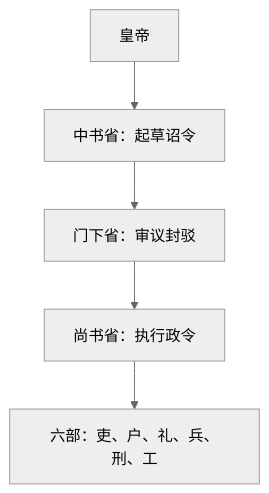
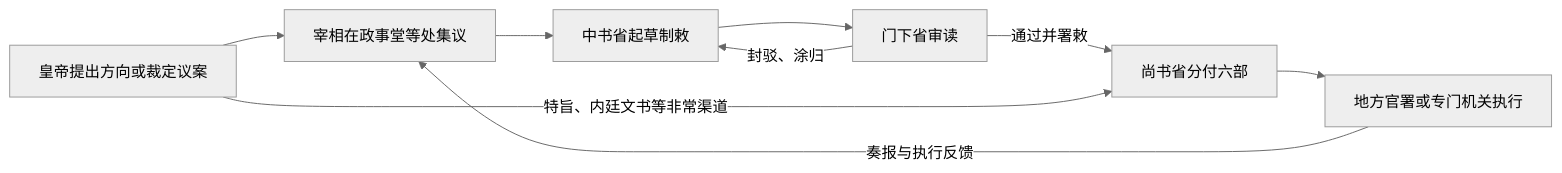
One commit to tianlan-dev/learning-notes changed the diagram in 人文科学/历史/东亚/中国/_制度/中枢与职官/三省.md. Above: the diagram before and after it, drawn with Mermaid (neutral theme). The commit also changed other lines of this file and 1417 other files, not shown here.

````diff
--- a/人文科学/历史/东亚/中国/_制度/中枢与职官/三省.md
+++ b/人文科学/历史/东亚/中国/_制度/中枢与职官/三省.md
@@ -18,7 +19,11 @@
 ```mermaid
-flowchart TD
-    E["皇帝"] --> Z["中书省：起草诏令"]
-    Z --> M["门下省：审议封驳"]
-    M --> S["尚书省：执行政令"]
-    S --> L["六部：吏、户、礼、兵、刑、工"]
+flowchart LR
+    E["皇帝提出方向或裁定议案"] --> P["宰相在政事堂等处集议"]
+    P --> Z["中书省起草制敕"]
+    Z --> M["门下省审读"]
+    M -->|封驳、涂归| Z
+    M -->|通过并署敕| S["尚书省分付六部"]
+    S --> L["地方官署或专门机关执行"]
+    L -->|奏报与执行反馈| P
+    E -->|特旨、内廷文书等非常渠道| S
 ```
````
